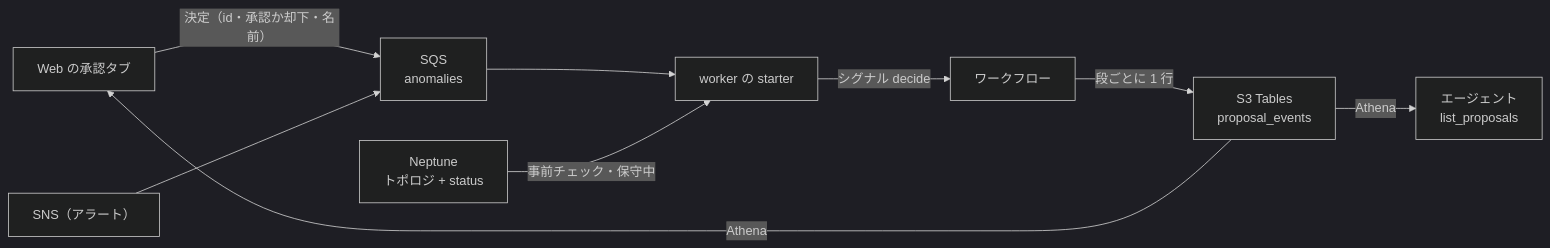
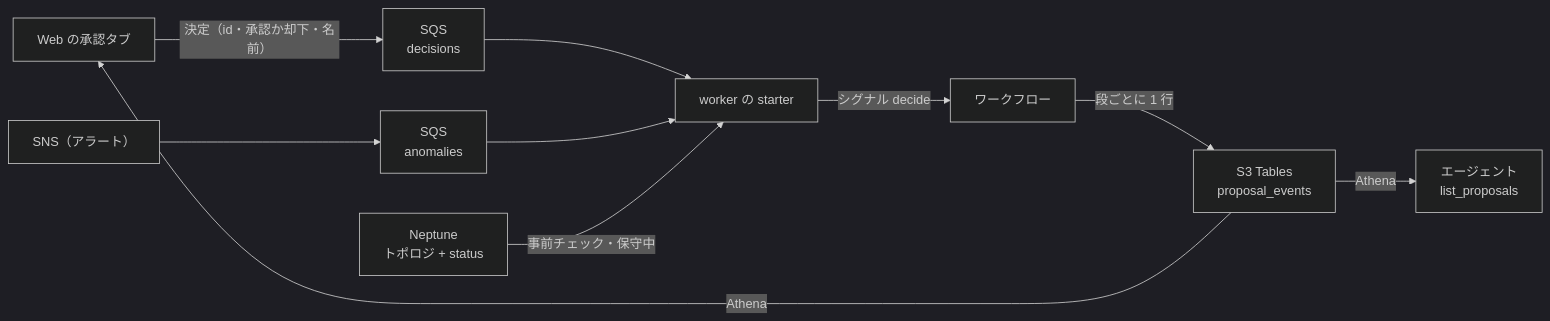
One commit to eddie-eights/nwc-poc changed the diagram in docs/cycles/003-proposals-in-s3tables/design.md. Above: the diagram before and after it, drawn with Mermaid (dark theme). The commit also changed other lines of this file and 1 other file, not shown here.

````diff
--- a/docs/cycles/003-proposals-in-s3tables/design.md
+++ b/docs/cycles/003-proposals-in-s3tables/design.md
@@ -85,11 +85,12 @@
 ```mermaid
 flowchart LR
-  WEB["Web の承認タブ"] -->|"決定（id・承認か却下・名前）"| SQS["SQS<br/>anomalies"]
-  SNS["SNS（アラート）"] --> SQS
+  WEB["Web の承認タブ"] -->|"決定（id・承認か却下・名前）"| DQ["SQS<br/>decisions"]
+  DQ --> ST
+  SNS["SNS（アラート）"] --> SQS["SQS<br/>anomalies"]
   SQS --> ST["worker の starter"]
   ST -->|"シグナル decide"| WF["ワークフロー"]
   WF -->|"段ごとに 1 行"| PEV["S3 Tables<br/>proposal_events"]
   PEV -->|"Athena"| WEB
   PEV -->|"Athena"| AG["エージェント<br/>list_proposals"]
   NEP["Neptune<br/>トポロジ + status"] -->|"事前チェック・保守中"| ST
 ```
````
